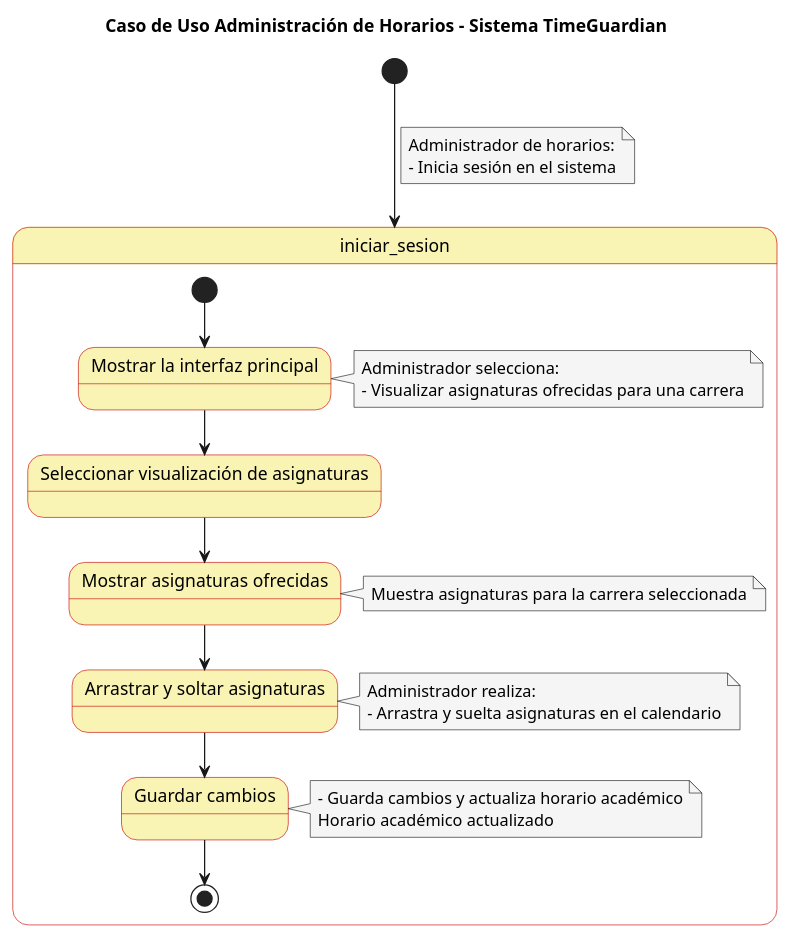
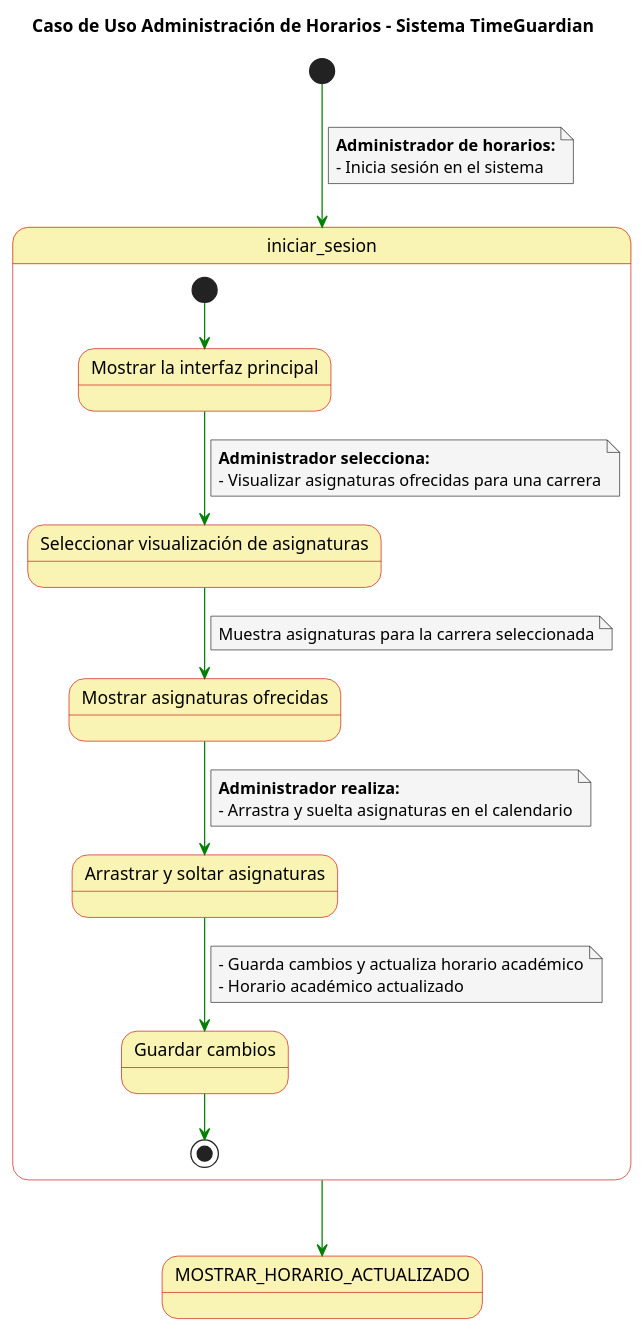
Before and after one commit to FernandoWilliam26/23-24-IdSw1-SDR: the diagram in Casos de Uso/Detalles Diagrama 1.puml, drawn with PlantUML. The commit also changed 1 other file, not shown here.

Commit message:
Cambiando detalles Administracion Horario

```diff
--- a/Casos de Uso/Detalles Diagrama 1.puml
+++ b/Casos de Uso/Detalles Diagrama 1.puml
@@ -1,55 +1,54 @@
 @startuml
 
 skinparam state {
   BackgroundColor #faf4b4
   BorderColor #c90000
 }
 
 skinparam note {
   BackgroundColor #f5f5f5
 }
 
+skinparam linetype polyline
+
 title Caso de Uso Administración de Horarios - Sistema TimeGuardian
 
-[*] --> iniciar_sesion
+[*] -[#green]-> iniciar_sesion
 note on link
-  Administrador de horarios:
+  **Administrador de horarios:**
   - Inicia sesión en el sistema
 end note
 
 state iniciar_sesion {
-  [*] --> mostrar_interfaz_principal
-  state "Mostrar la interfaz principal" as mostrar_interfaz_principal
-
-  mostrar_interfaz_principal --> seleccionar_visualización_asignaturas
-  note right of mostrar_interfaz_principal
-    Administrador selecciona:
+  state "Mostrar la interfaz principal" as state1
+  state "Seleccionar visualización de asignaturas" as state2
+  state "Mostrar asignaturas ofrecidas" as state3
+  state "Arrastrar y soltar asignaturas" as state4
+  state "Guardar cambios" as state5
+  
+  [*] -[#green]-> state1
+  state1 -[#green]-> state2
+  note on link
+    **Administrador selecciona:**
     - Visualizar asignaturas ofrecidas para una carrera
   end note
-
-  state "Seleccionar visualización de asignaturas" as seleccionar_visualización_asignaturas
-
-  seleccionar_visualización_asignaturas --> mostrar_asignaturas_ofrecidas
-  state "Mostrar asignaturas ofrecidas" as mostrar_asignaturas_ofrecidas
-  note right of mostrar_asignaturas_ofrecidas
+  state2 -[#green]-> state3
+  note on link
     Muestra asignaturas para la carrera seleccionada
   end note
-
-  mostrar_asignaturas_ofrecidas --> arrastrar_soltar_asignaturas
-  state "Arrastrar y soltar asignaturas" as arrastrar_soltar_asignaturas
-  note right of arrastrar_soltar_asignaturas
-    Administrador realiza:
+  state3 -[#green]-> state4
+  note on link
+    **Administrador realiza:**
     - Arrastra y suelta asignaturas en el calendario
   end note
-
-  arrastrar_soltar_asignaturas --> guardar_cambios
-  state "Guardar cambios" as guardar_cambios
-  note right of guardar_cambios
+  state4 -[#green]-> state5
+  note on link
     - Guarda cambios y actualiza horario académico
-    Horario académico actualizado
+    - Horario académico actualizado
   end note
-
-  guardar_cambios --> [*]
+  state5 -[#green]-> [*]
 }
 
+iniciar_sesion -[#green]-> MOSTRAR_HORARIO_ACTUALIZADO
+
 @enduml
```
